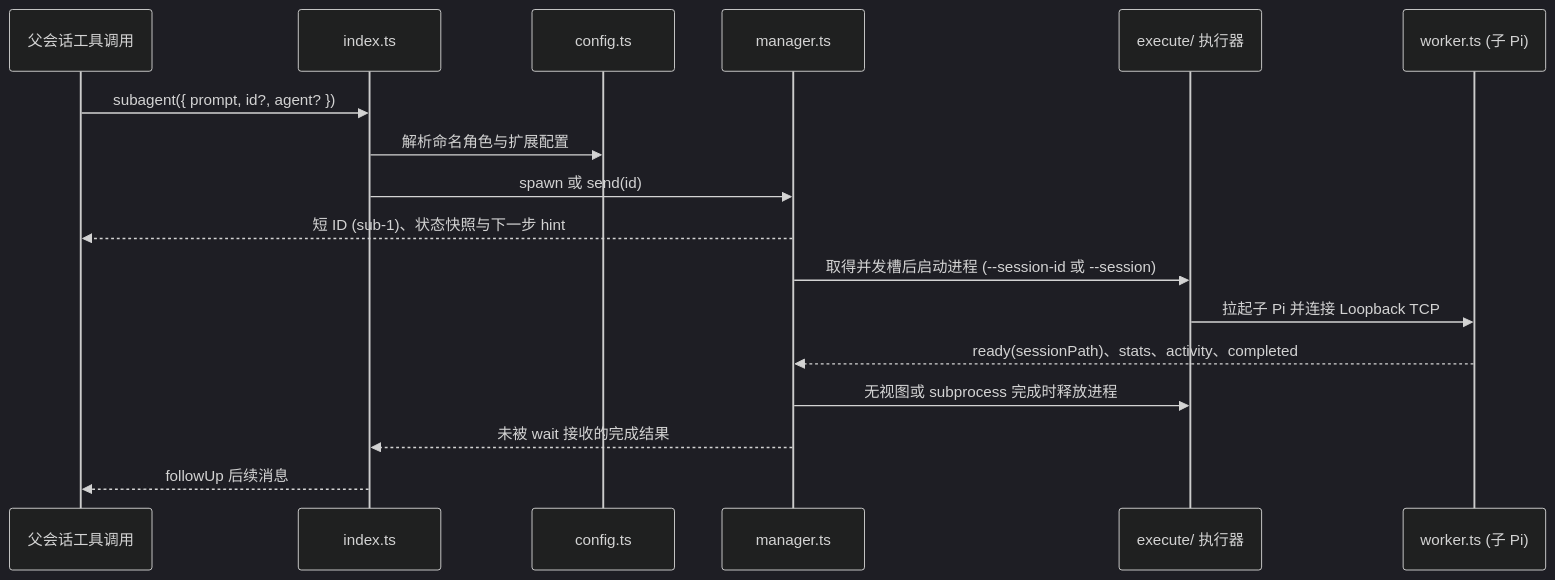
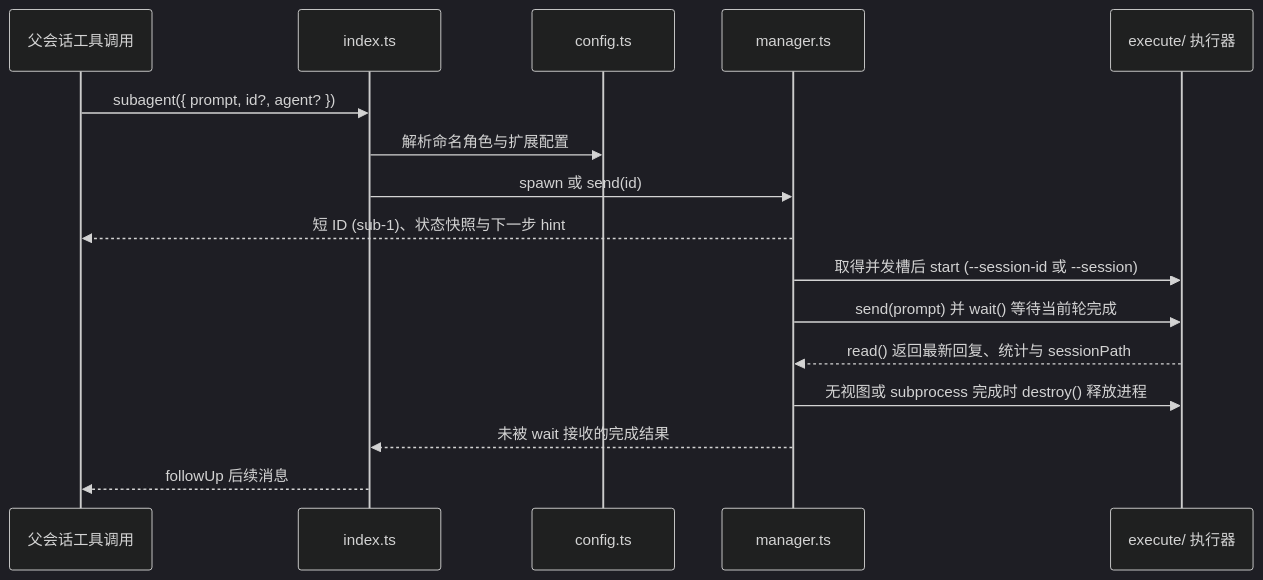
Before and after one commit to aqua2k1/pi-kits: the second of 2 diagrams in extensions/pi-subagent/docs/architecture.md, drawn with Mermaid (dark theme). The commit also changed other lines of this file and 12 other files, not shown here.

````diff
--- a/extensions/pi-subagent/docs/architecture.md
+++ b/extensions/pi-subagent/docs/architecture.md
@@ -39,19 +37,18 @@
 ```mermaid
 sequenceDiagram
   participant Parent as 父会话工具调用
   participant Entry as index.ts
   participant Config as config.ts
   participant Manager as manager.ts
   participant Exec as execute/ 执行器
-  participant Worker as worker.ts (子 Pi)
   Parent->>Entry: subagent({ prompt, id?, agent? })
   Entry->>Config: 解析命名角色与扩展配置
   Entry->>Manager: spawn 或 send(id)
   Manager-->>Parent: 短 ID (sub-1)、状态快照与下一步 hint
-  Manager->>Exec: 取得并发槽后启动进程 (--session-id 或 --session)
-  Exec->>Worker: 拉起子 Pi 并连接 Loopback TCP
-  Worker-->>Manager: ready(sessionPath)、stats、activity、completed
-  Manager->>Exec: 无视图或 subprocess 完成时释放进程
+  Manager->>Exec: 取得并发槽后 start (--session-id 或 --session)
+  Manager->>Exec: send(prompt) 并 wait() 等待当前轮完成
+  Exec-->>Manager: read() 返回最新回复、统计与 sessionPath
+  Manager->>Exec: 无视图或 subprocess 完成时 destroy() 释放进程
   Manager-->>Entry: 未被 wait 接收的完成结果
   Entry-->>Parent: followUp 后续消息
 ```
````
